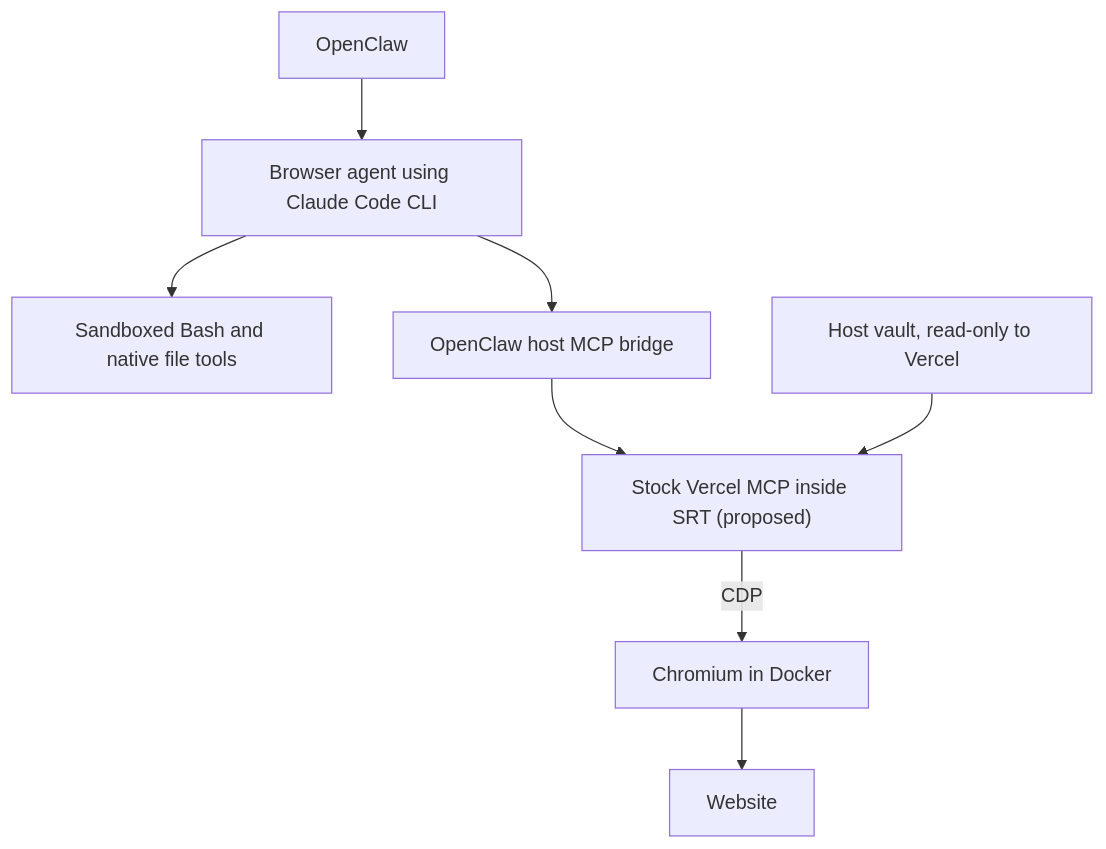
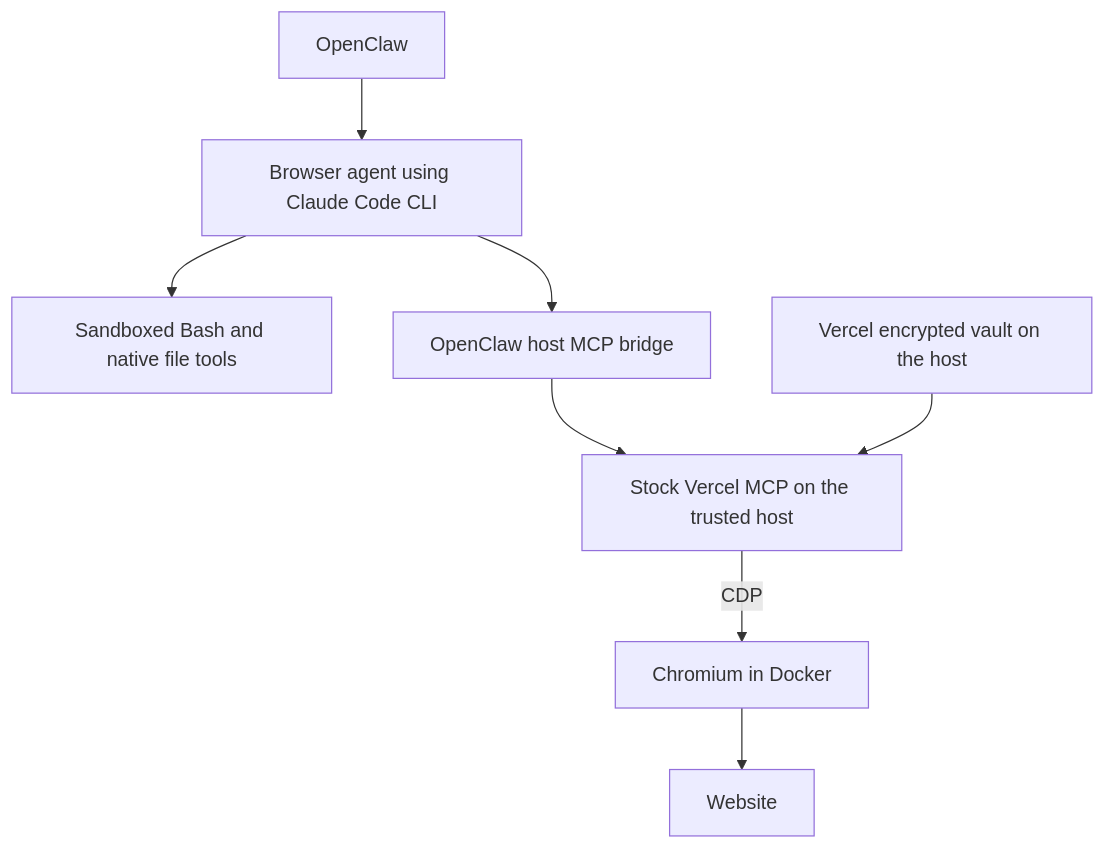
The diagram in docs/plans/vercel-browser-authentication.md (coletaylor788/puddles), drawn with Mermaid before and after one commit. The commit also changed other lines of this file, not shown here.

````diff
--- a/docs/plans/vercel-browser-authentication.md
+++ b/docs/plans/vercel-browser-authentication.md
@@ -15,10 +15,10 @@
 ```mermaid
 graph TD
     A["OpenClaw"] --> B["Browser agent using Claude Code CLI"]
     B --> C["Sandboxed Bash and native file tools"]
     B --> G["OpenClaw host MCP bridge"]
-    G --> D["Stock Vercel MCP inside SRT (proposed)"]
-    V["Host vault, read-only to Vercel"] --> D
+    G --> D["Stock Vercel MCP on the trusted host"]
+    V["Vercel encrypted vault on the host"] --> D
     D -->|"CDP"| E["Chromium in Docker"]
     E --> F["Website"]
 ```
````
